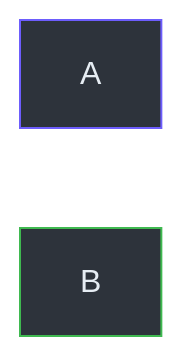
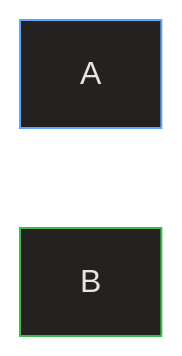
Before and after one commit to relukdev/doc-kit: the diagram in skills/content-guidelines.md, drawn with Mermaid. The commit also changed other lines of this file and 37 other files, not shown here.

````diff
--- a/skills/content-guidelines.md
+++ b/skills/content-guidelines.md
@@ -222,5 +223,5 @@
 ```mermaid
 graph LR
-    style A fill:#2d333b,stroke:#6d5dfc,color:#e6edf3
-    style B fill:#2d333b,stroke:#3fb950,color:#e6edf3
+    style A fill:#232221,stroke:#60A5FA,color:#E8E5DF
+    style B fill:#232221,stroke:#3fb950,color:#E8E5DF
 ```
````
